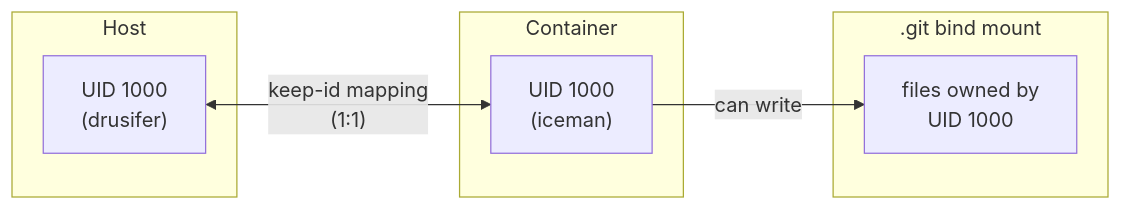
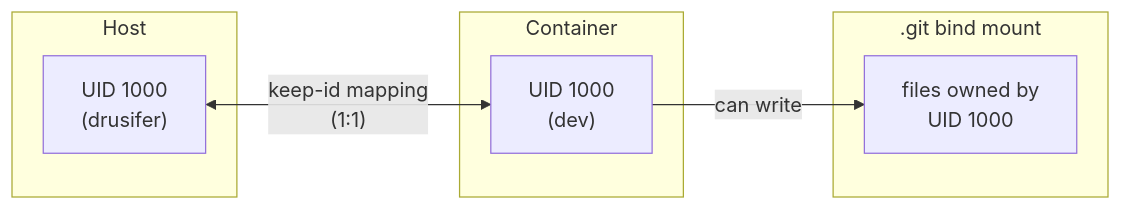
Before and after one commit to drusifer/icebox: the fifth of 5 diagrams in USER_GUIDE.md, drawn with Mermaid. The commit also changed other lines of this file and 1 other file, not shown here.

````diff
--- a/USER_GUIDE.md
+++ b/USER_GUIDE.md
@@ -340,15 +337,15 @@
 ```mermaid
 graph LR
     subgraph host["Host"]
         huid["UID 1000\n(drusifer)"]
     end
     subgraph container["Container"]
-        cuid["UID 1000\n(iceman)"]
+        cuid["UID 1000\n(dev)"]
     end
     subgraph gitdir[".git bind mount"]
         gfiles["files owned by\nUID 1000"]
     end
 
     huid <-->|"keep-id mapping\n(1:1)"| cuid
     cuid -->|"can write"| gfiles
 ```
````
